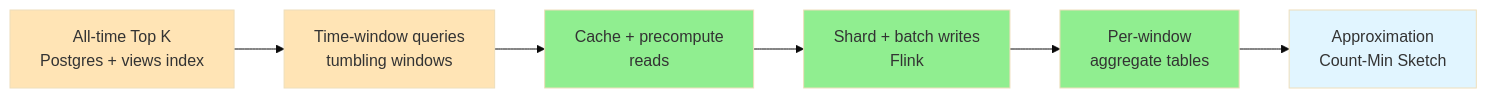
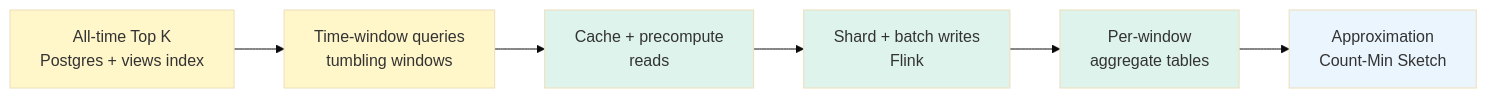
One commit to cartmancodes/InterviewVault changed the first of 3 diagrams in LLD/SystemDesign/ProblemBreakdowns/YoutubeTopK.md. Above: the diagram before and after it, drawn with Mermaid (base theme). The commit also changed other lines of this file and 679 other files, not shown here.

Commit message:
Unify content diagrams and add accessible visual walkthroughs

````diff
--- a/LLD/SystemDesign/ProblemBreakdowns/YoutubeTopK.md
+++ b/LLD/SystemDesign/ProblemBreakdowns/YoutubeTopK.md
@@ -111,15 +111,15 @@
 ```mermaid
 graph LR
     A["All-time Top K<br/>Postgres + views index"] --> B["Time-window queries<br/>tumbling windows"]
     B --> C["Cache + precompute<br/>reads"]
     C --> D["Shard + batch writes<br/>Flink"]
     D --> E["Per-window<br/>aggregate tables"]
     E --> F["Approximation<br/>Count-Min Sketch"]
 
-    style A fill:#FFE4B5
-    style B fill:#FFE4B5
-    style C fill:#90EE90
-    style D fill:#90EE90
-    style E fill:#90EE90
-    style F fill:#e1f5ff
+    style A fill:#FFF6C9
+    style B fill:#FFF6C9
+    style C fill:#DDF3EC
+    style D fill:#DDF3EC
+    style E fill:#DDF3EC
+    style F fill:#EAF5FD
 ```
````
